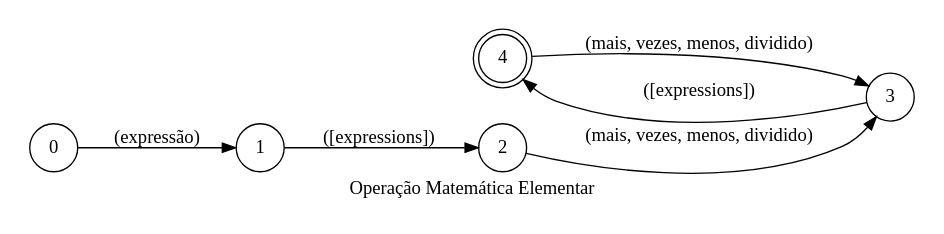
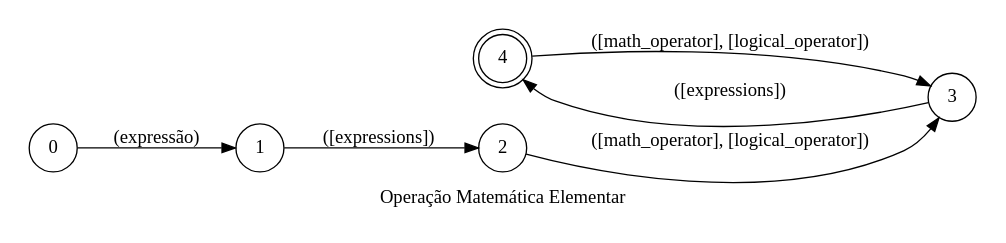
Before and after one commit to pedrooaugusto/speech-to-code: the diagram in spoken/src/modules/typescript/elementar_math_op/phrase_pt-BR.dot, drawn with Graphviz. The commit also changed 60 other files, not shown here.

```diff
--- a/spoken/src/modules/typescript/elementar_math_op/phrase_pt-BR.dot
+++ b/spoken/src/modules/typescript/elementar_math_op/phrase_pt-BR.dot
@@ -1,20 +1,20 @@
 digraph elementar_math_op {
     id="elementar_math_op";
     label="Operação Matemática Elementar";
     lang="pt-BR";
     langName="Português";
     pad="0.2";
     rankdir=LR;
     disableStopWords="true";
     priority="2";
     node[shape=doublecircle]; 4;
     node[shape=circle];
 
     0 -> 1 [label="(expressão)"];
     1 -> 2 [label="([expressions])", store=left];
-    {2 4} -> 3 [label="(mais, vezes, menos, dividido)", store=operation, normalizer=elementarMathOperation];
+    {2 4} -> 3 [label="([math_operator], [logical_operator])", store=operation];
     3 -> 4 [label="([expressions])", store=right];
 
     title="Escreve uma operação matemática elementar";
     desc="Escreve uma operação matemática elementar (*, -, +, /)";
 }
```
